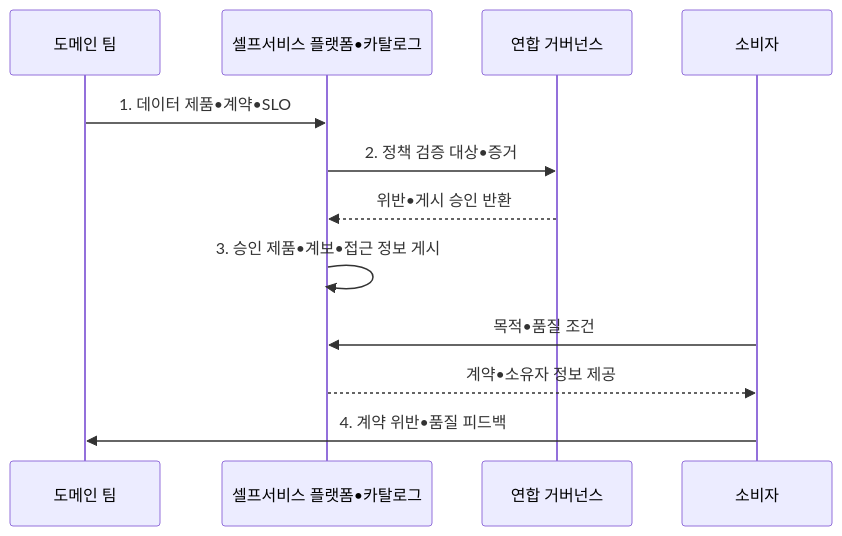
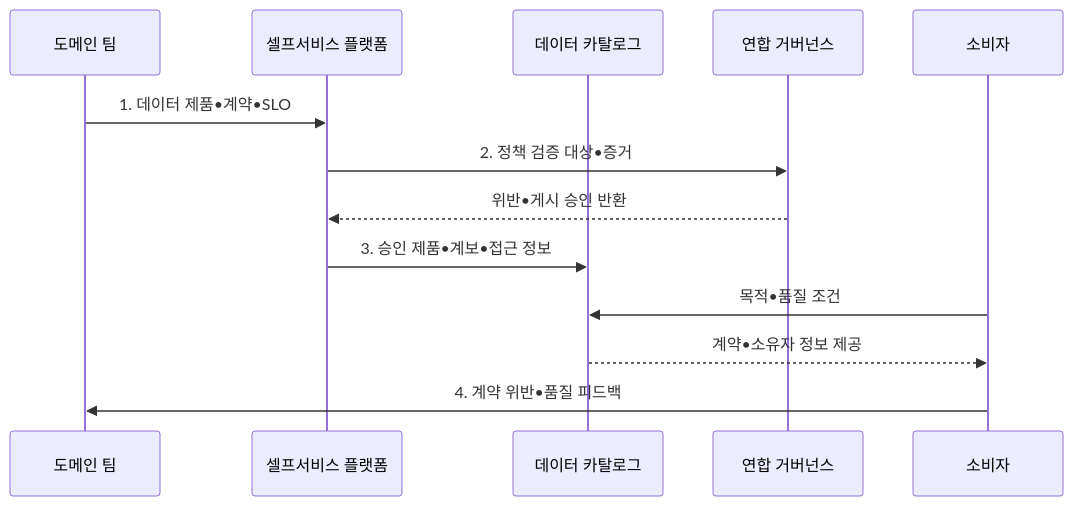
One commit to agnusdei1207/knowledge-base changed the second of 2 diagrams in src/content/docs/notes/03-software/131_data_mesh.md. Above: the diagram before and after it, drawn with Mermaid. The commit also changed other lines of this file and 5 other files, not shown here.

````diff
--- a/src/content/docs/notes/03-software/131_data_mesh.md
+++ b/src/content/docs/notes/03-software/131_data_mesh.md
@@ -112,14 +112,15 @@
 ```mermaid
 sequenceDiagram
     participant D as 도메인 팀
-    participant S as 셀프서비스 플랫폼•카탈로그
+    participant S as 셀프서비스 플랫폼
+    participant C as 데이터 카탈로그
     participant G as 연합 거버넌스
     participant U as 소비자
     D->>S: 1. 데이터 제품•계약•SLO
     S->>G: 2. 정책 검증 대상•증거
     G-->>S: 위반•게시 승인 반환
-    S->>S: 3. 승인 제품•계보•접근 정보 게시
-    U->>S: 목적•품질 조건
-    S-->>U: 계약•소유자 정보 제공
+    S->>C: 3. 승인 제품•계보•접근 정보
+    U->>C: 목적•품질 조건
+    C-->>U: 계약•소유자 정보 제공
     U->>D: 4. 계약 위반•품질 피드백
 ```
````
